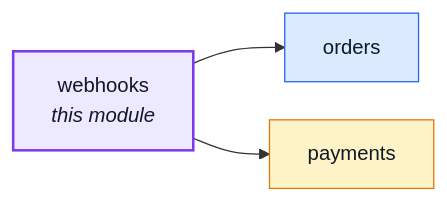
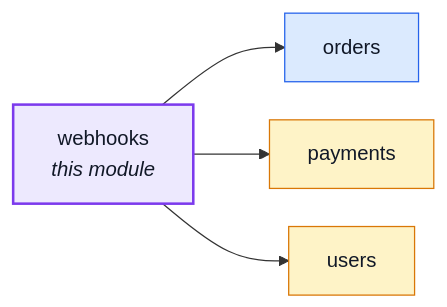
Before and after one commit to Guebbit/boilerplate-node-backend: the second of 3 diagrams in docs/modules/webhooks.md, drawn with Mermaid. The commit also changed 2 other files, not shown here.

Commit message:
docs(webhooks): regenerate the module graph for the users edge
subscriptions.ts's create() resolves userService.getById to capture
ownerEmail (landed in 1bed3f2f, Stage 2 Part 3.5) — the graph docs
never got regenerated for that new import at the time.

````diff
--- a/docs/modules/webhooks.md
+++ b/docs/modules/webhooks.md
@@ -58,18 +58,20 @@
 ```mermaid
 %%{init: {'flowchart': {'nodeSpacing': 30, 'rankSpacing': 60}}}%%
 flowchart LR
     webhooks["webhooks<br/><i>this module</i>"]
     orders["orders"]
     payments["payments"]
+    users["users"]
 
     webhooks --> orders
     webhooks --> payments
+    webhooks --> users
 
     classDef core fill:#dbeafe,stroke:#2563eb,color:#111827;
     classDef supporting fill:#fef3c7,stroke:#d97706,color:#111827;
     classDef generic fill:#dcfce7,stroke:#16a34a,color:#111827;
     classDef centre fill:#ede9fe,stroke:#7c3aed,stroke-width:2px,color:#111827;
     class orders core;
-    class payments supporting;
+    class payments,users supporting;
     class webhooks centre;
 ```
````
